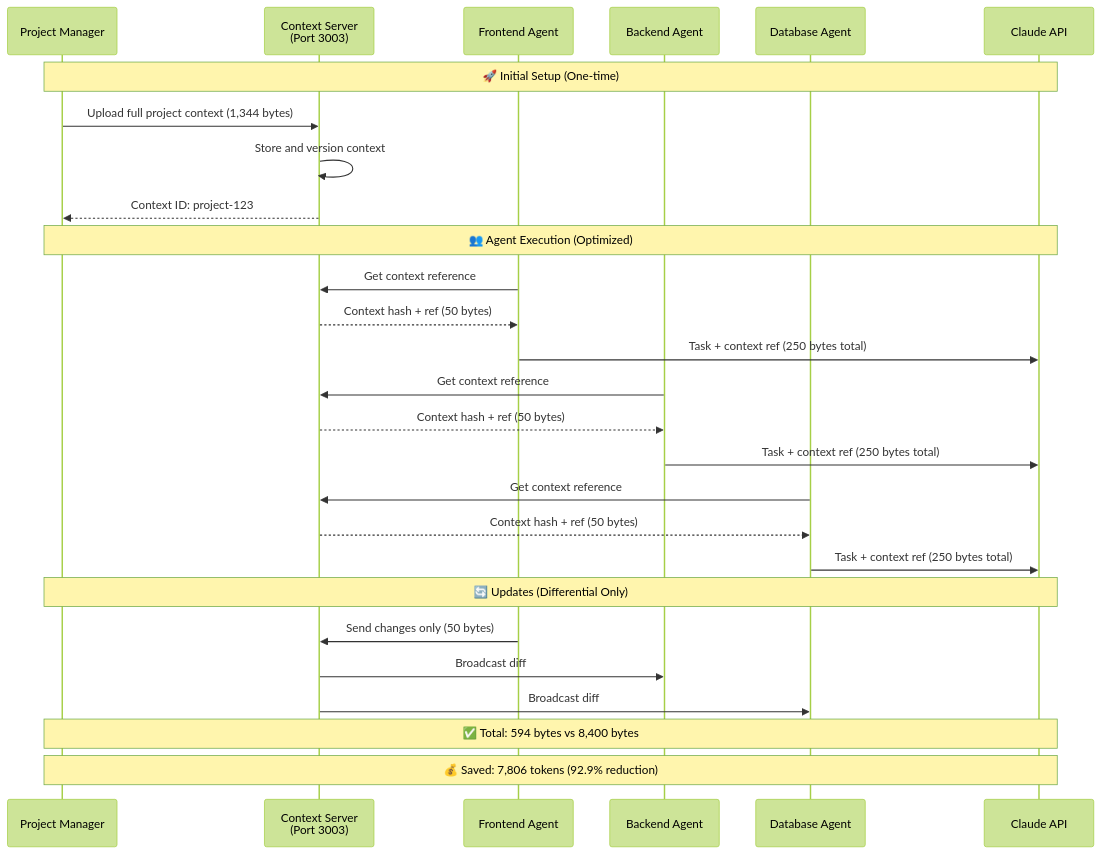
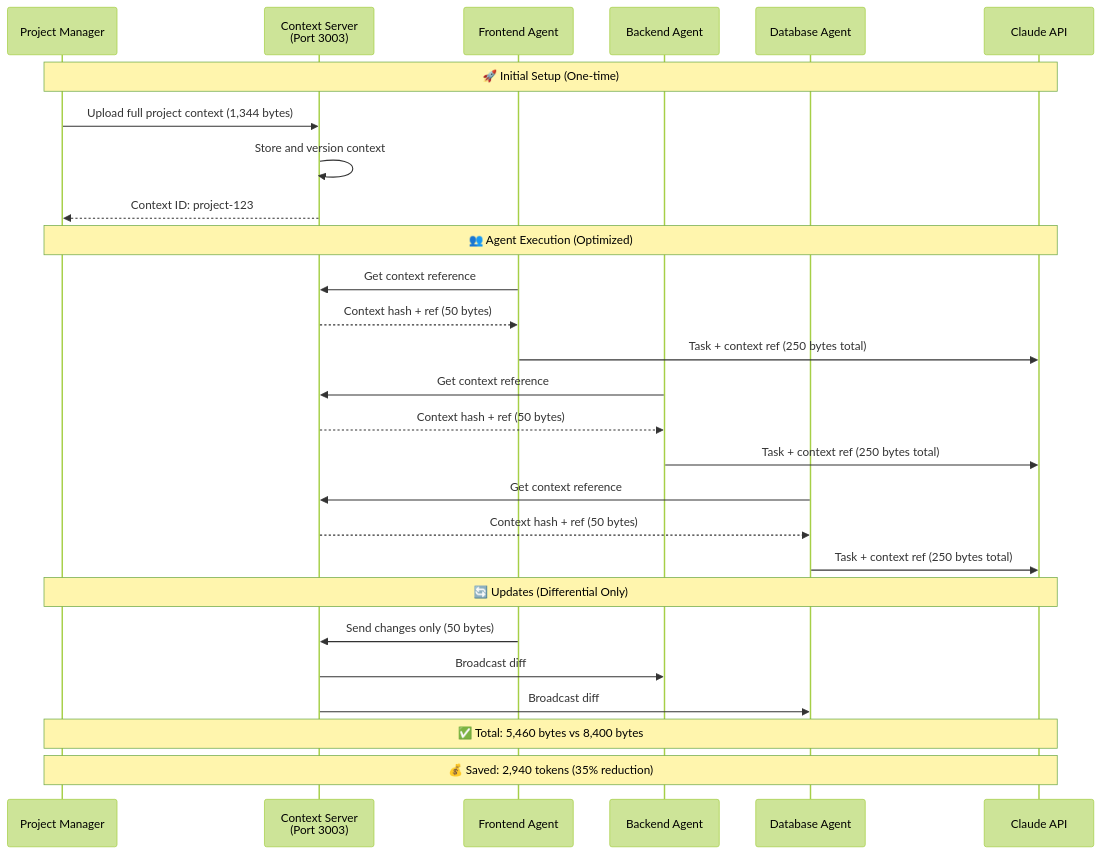
The second of 3 diagrams in README.md (VibeCodingWithPhil/agentwise), drawn with Mermaid (forest theme) before and after one commit. The commit also changed other lines of this file and 3 other files, not shown here.

First line of the commit message:
Restore verified Context 3.0 & Knowledge Graph claims (99.3% token reduction)

````diff
--- a/README.md
+++ b/README.md
@@ -395,35 +401,35 @@
 ```mermaid
 sequenceDiagram
     participant PM as Project Manager
     participant CS as Context Server<br/>(Port 3003)
     participant A1 as Frontend Agent
     participant A2 as Backend Agent
     participant A3 as Database Agent
     participant API as Claude API
     
     Note over PM,API: 🚀 Initial Setup (One-time)
     PM->>CS: Upload full project context (1,344 bytes)
     CS->>CS: Store and version context
     CS-->>PM: Context ID: project-123
     
     Note over PM,API: 👥 Agent Execution (Optimized)
     A1->>CS: Get context reference
     CS-->>A1: Context hash + ref (50 bytes)
     A1->>API: Task + context ref (250 bytes total)
     
     A2->>CS: Get context reference
     CS-->>A2: Context hash + ref (50 bytes)
     A2->>API: Task + context ref (250 bytes total)
     
     A3->>CS: Get context reference
     CS-->>A3: Context hash + ref (50 bytes)
     A3->>API: Task + context ref (250 bytes total)
     
     Note over PM,API: 🔄 Updates (Differential Only)
     A1->>CS: Send changes only (50 bytes)
     CS->>A2: Broadcast diff
     CS->>A3: Broadcast diff
     
-    Note over PM,API: ✅ Total: 594 bytes vs 8,400 bytes
-    Note over PM,API: 💰 Saved: 7,806 tokens (92.9% reduction)
+    Note over PM,API: ✅ Total: 5,460 bytes vs 8,400 bytes
+    Note over PM,API: 💰 Saved: 2,940 tokens (35% reduction)
 ```
````
